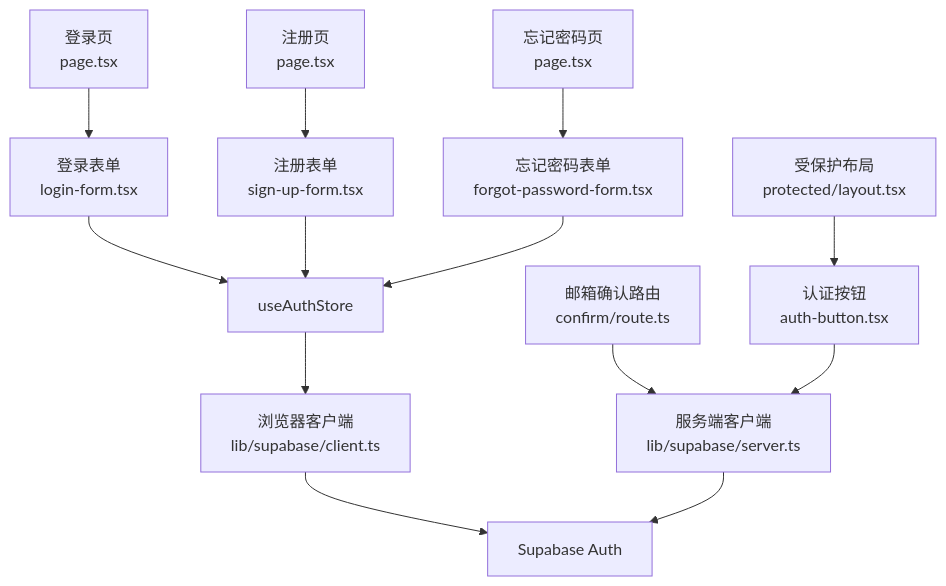
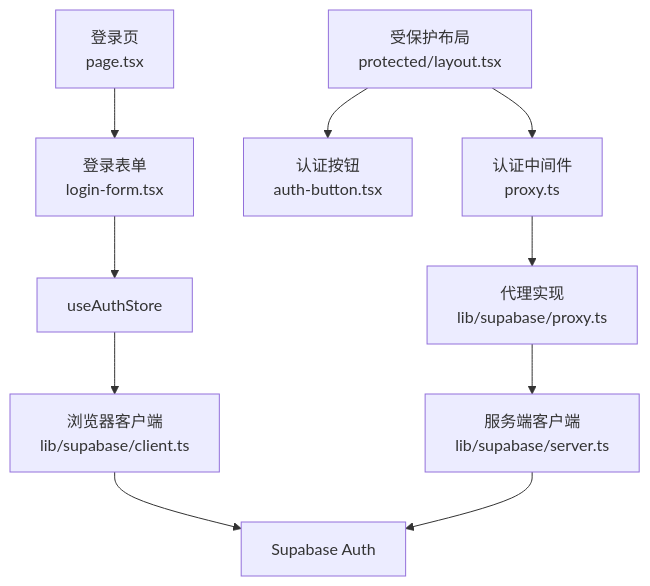
The second of 8 diagrams in .qoder/repowiki/zh/content/用户认证系统/用户认证系统.md (javalittleman1/virtual-stock-trading), drawn with Mermaid before and after one commit. The commit also changed other lines of this file and 5 other files, not shown here.

````diff
--- a/.qoder/repowiki/zh/content/用户认证系统/用户认证系统.md
+++ b/.qoder/repowiki/zh/content/用户认证系统/用户认证系统.md
@@ -139,15 +136,12 @@
 ```mermaid
 graph TB
 UI_Login["登录页<br/>page.tsx"] --> C_Login["登录表单<br/>login-form.tsx"]
-UI_Register["注册页<br/>page.tsx"] --> C_Register["注册表单<br/>sign-up-form.tsx"]
-UI_Forgot["忘记密码页<br/>page.tsx"] --> C_Forgot["忘记密码表单<br/>forgot-password-form.tsx"]
+UI_Protected["受保护布局<br/>protected/layout.tsx"] --> C_AuthBtn["认证按钮<br/>auth-button.tsx"]
 C_Login --> Store["useAuthStore"]
-C_Register --> Store
-C_Forgot --> Store
 Store --> B_Client["浏览器客户端<br/>lib/supabase/client.ts"]
 B_Client --> Supabase["Supabase Auth"]
-UI_Confirm["邮箱确认路由<br/>confirm/route.ts"] --> S_Server["服务端客户端<br/>lib/supabase/server.ts"]
+UI_Protected --> Proxy["认证中间件<br/>proxy.ts"]
+Proxy --> ProxyImpl["代理实现<br/>lib/supabase/proxy.ts"]
+ProxyImpl --> S_Server["服务端客户端<br/>lib/supabase/server.ts"]
 S_Server --> Supabase
-UI_Protected["受保护布局<br/>protected/layout.tsx"] --> C_AuthBtn["认证按钮<br/>auth-button.tsx"]
-C_AuthBtn --> S_Server
 ```
````
